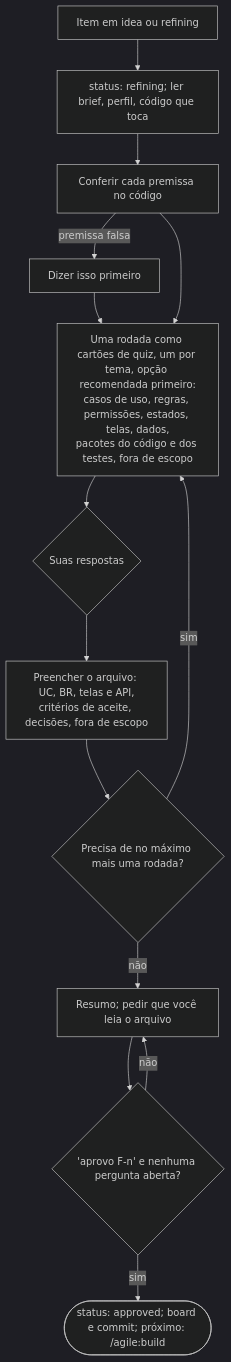
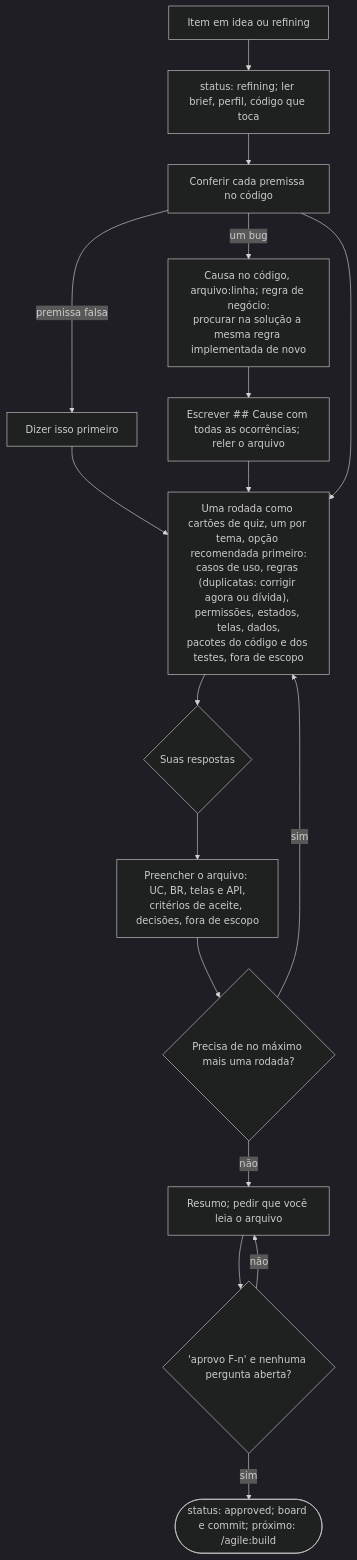
Before and after one commit to alexcanario/simulab: the sixth of 15 diagrams in docs/agile/workflow.pt-BR.md, drawn with Mermaid (dark theme). The commit also changed other lines of this file and 10 other files, not shown here.

````diff
--- a/docs/agile/workflow.pt-BR.md
+++ b/docs/agile/workflow.pt-BR.md
@@ -910,16 +930,19 @@
 ```mermaid
 flowchart TD
     A["Item em idea ou refining"] --> B["status: refining; ler brief, perfil, código que toca"]
     B --> C["Conferir cada premissa no código"]
     C -->|premissa falsa| C1["Dizer isso primeiro"]
     C1 --> D
-    C --> D["Uma rodada como cartões de quiz, um por tema, opção recomendada primeiro:<br/>casos de uso, regras, permissões, estados, telas, dados,<br/>pacotes do código e dos testes, fora de escopo"]
+    C -->|um bug| C2["Causa no código, arquivo:linha; regra de negócio:<br/>procurar na solução a mesma regra implementada de novo"]
+    C2 --> C3["Escrever ## Cause com todas as ocorrências; reler o arquivo"]
+    C3 --> D
+    C --> D["Uma rodada como cartões de quiz, um por tema, opção recomendada primeiro:<br/>casos de uso, regras (duplicatas: corrigir agora ou dívida), permissões, estados, telas, dados,<br/>pacotes do código e dos testes, fora de escopo"]
     D --> E{"Suas respostas"}
     E --> F["Preencher o arquivo: UC, BR, telas e API,<br/>critérios de aceite, decisões, fora de escopo"]
     F --> G{"Precisa de no máximo mais uma rodada?"}
     G -->|sim| D
     G -->|não| H["Resumo; pedir que você leia o arquivo"]
     H --> I{"'aprovo F-n' e nenhuma pergunta aberta?"}
     I -->|não| H
     I -->|sim| J(["status: approved; board e commit; próximo: /agile:build"])
 ```
````
